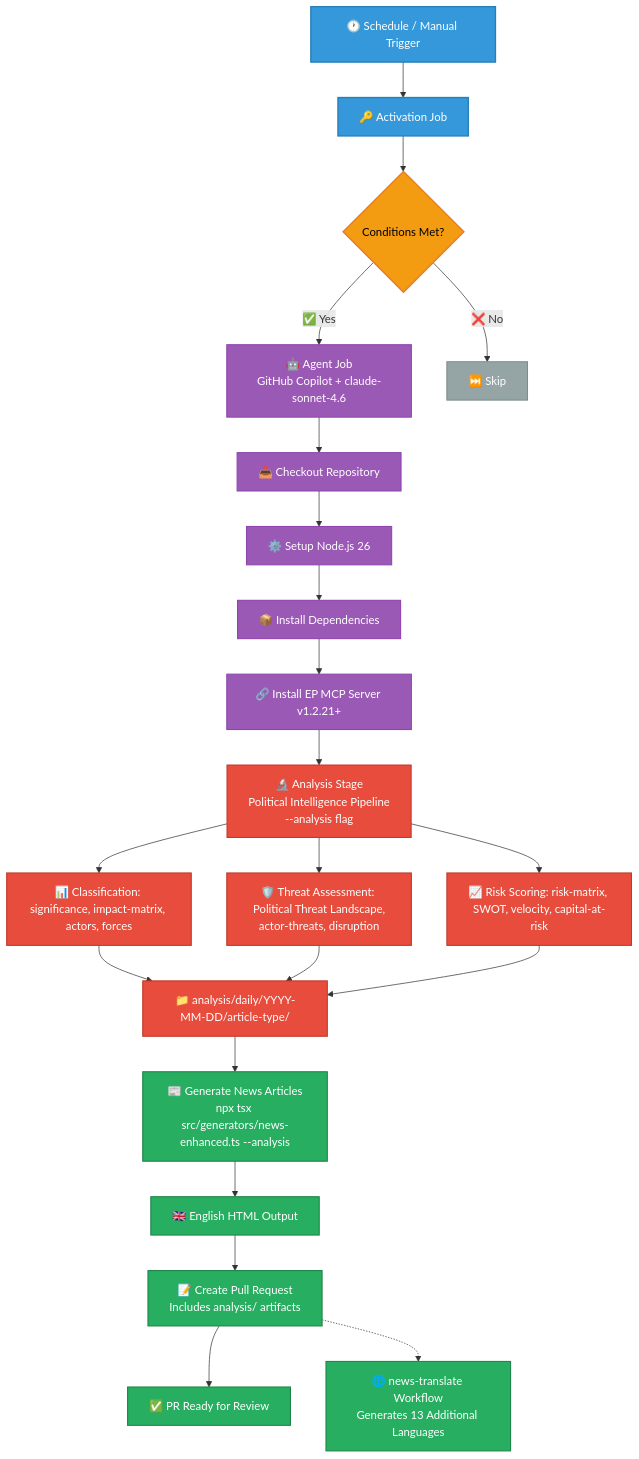
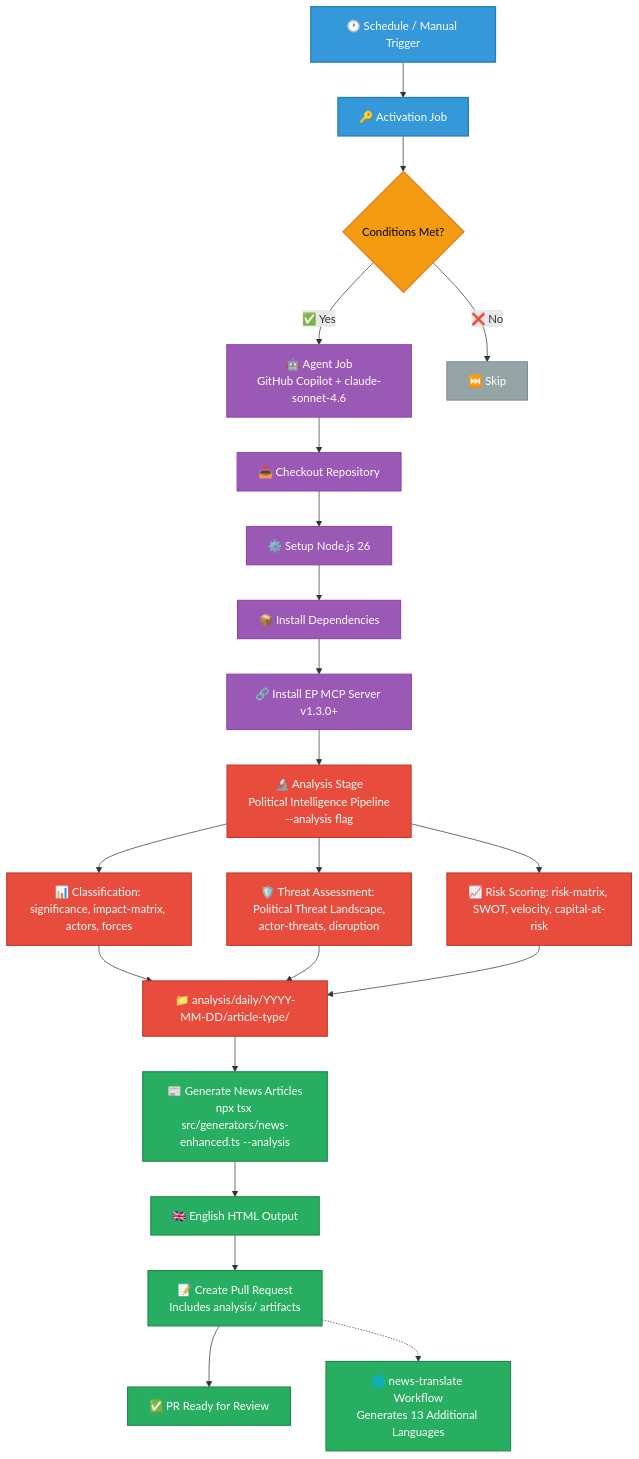
The third of 22 diagrams in WORKFLOWS.md (Hack23/euparliamentmonitor), drawn with Mermaid before and after one commit. The commit also changed other lines of this file and 78 other files, not shown here.

First line of the commit message:
upgrade: european-parliament-mcp-server 1.2.21 → 1.3.0, add get_latest_votes

````diff
--- a/WORKFLOWS.md
+++ b/WORKFLOWS.md
@@ -275,37 +275,37 @@
 ```mermaid
 graph TD
     A[🕐 Schedule / Manual Trigger] --> B[🔑 Activation Job]
     B --> C{Conditions Met?}
     C -->|✅ Yes| D[🤖 Agent Job<br/>GitHub Copilot + claude-sonnet-4.6]
     C -->|❌ No| E[⏭️ Skip]
     D --> F[📥 Checkout Repository]
     F --> G[⚙️ Setup Node.js 26]
     G --> H[📦 Install Dependencies]
-    H --> I[🔗 Install EP MCP Server v1.2.21+]
+    H --> I[🔗 Install EP MCP Server v1.3.0+]
     I --> J1[🔬 Analysis Stage<br/>Political Intelligence Pipeline<br/>--analysis flag]
     J1 --> J1a[📊 Classification: significance, impact-matrix, actors, forces]
     J1 --> J1b[🛡️ Threat Assessment: Political Threat Landscape,<br/>actor-threats, disruption]
     J1 --> J1c[📈 Risk Scoring: risk-matrix, SWOT, velocity, capital-at-risk]
     J1a --> J1d["📁 analysis/daily/YYYY-MM-DD/article-type/"]
     J1b --> J1d
     J1c --> J1d
     J1d --> J[📰 Generate News Articles<br/>npx tsx src/generators/news-enhanced.ts --analysis]
     J --> K[🇬🇧 English HTML Output]
     K --> L[📝 Create Pull Request<br/>Includes analysis/ artifacts]
     L --> M[✅ PR Ready for Review]
     L -.-> N[🌐 news-translate Workflow<br/>Generates 13 Additional Languages]
 
     classDef trigger fill:#3498db,stroke:#2980b9,stroke-width:2px,color:white
     classDef process fill:#9b59b6,stroke:#8e44ad,stroke-width:1.5px,color:white
     classDef decision fill:#f39c12,stroke:#e67e22,stroke-width:2px,color:black
     classDef skip fill:#95a5a6,stroke:#7f8c8d,stroke-width:1.5px,color:white
     classDef analysis fill:#e74c3c,stroke:#c0392b,stroke-width:1.5px,color:white
     classDef output fill:#27ae60,stroke:#1e8449,stroke-width:1.5px,color:white
 
     class A,B trigger
     class D,F,G,H,I process
     class C decision
     class E skip
     class J1,J1a,J1b,J1c,J1d analysis
     class J,K,L,M,N output
 ```
````
